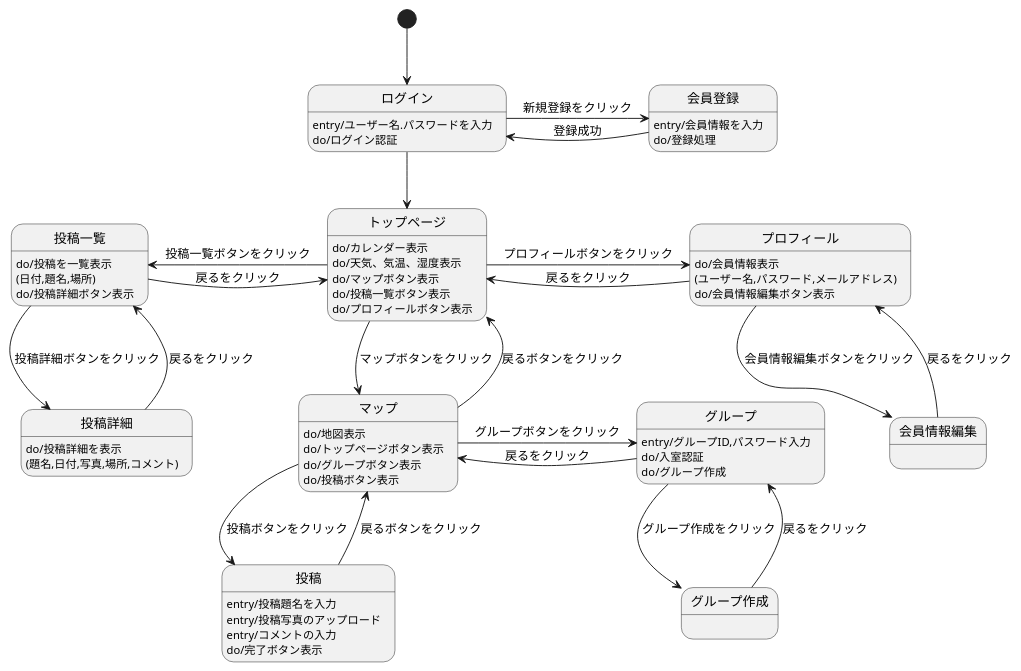
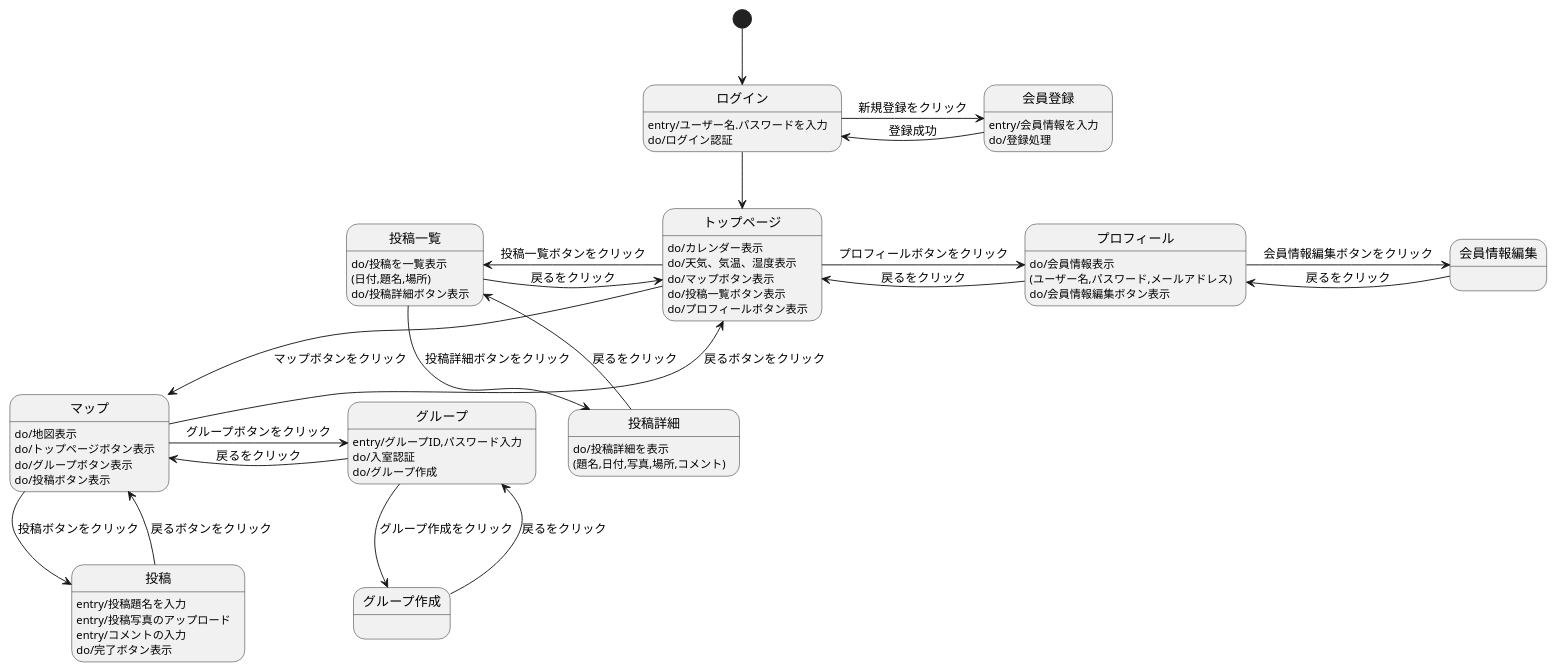
The diagram in 03_画面遷移図/画面遷移図.md (Aso2001031/System4_ver2.0), drawn with PlantUML before and after one commit.

````diff
--- a/03_画面遷移図/画面遷移図.md
+++ b/03_画面遷移図/画面遷移図.md
@@ -1,67 +1,67 @@
 ```uml
 @startuml
 
 [*] -down-> ログイン
 
 ログイン -down-> トップページ
 ログイン : entry/ユーザー名.パスワードを入力 
 ログイン : do/ログイン認証 
 ログイン -> 会員登録 : 新規登録をクリック
 
 会員登録 -> ログイン : 登録成功
 会員登録 : entry/会員情報を入力 
 会員登録 : do/登録処理
 
 トップページ : do/カレンダー表示
 トップページ : do/天気、気温、湿度表示
 トップページ : do/マップボタン表示
 トップページ : do/投稿一覧ボタン表示
 トップページ : do/プロフィールボタン表示
 トップページ -down-> マップ : マップボタンをクリック
 トップページ -left-> 投稿一覧 : 投稿一覧ボタンをクリック
 トップページ -right-> プロフィール :プロフィールボタンをクリック
 
 マップ -up-> トップページ : 戻るボタンをクリック
 マップ : do/地図表示
 マップ : do/トップページボタン表示
 マップ : do/グループボタン表示
 マップ : do/投稿ボタン表示
 マップ -down-> 投稿 : 投稿ボタンをクリック
 マップ -right-> グループ : グループボタンをクリック
 
 投稿一覧 -right-> トップページ : 戻るをクリック
 投稿一覧 : do/投稿を一覧表示
 投稿一覧 : (日付,題名,場所)
 投稿一覧 : do/投稿詳細ボタン表示
 投稿一覧 -down-> 投稿詳細 : 投稿詳細ボタンをクリック
 
 プロフィール -left-> トップページ : 戻るをクリック
 プロフィール : do/会員情報表示
 プロフィール : (ユーザー名,パスワード,メールアドレス)
 プロフィール : do/会員情報編集ボタン表示
-プロフィール -down-> 会員情報編集 : 会員情報編集ボタンをクリック
+プロフィール -right-> 会員情報編集 : 会員情報編集ボタンをクリック
 
 投稿 -up-> マップ : 戻るボタンをクリック
 投稿 : entry/投稿題名を入力
 投稿 : entry/投稿写真のアップロード
 投稿 : entry/コメントの入力
 投稿 : do/完了ボタン表示
 
 グループ -left-> マップ : 戻るをクリック 
 グループ : entry/グループID,パスワード入力
 グループ : do/入室認証
 グループ : do/グループ作成
 グループ --> グループ作成 : グループ作成をクリック
 
 投稿詳細 -up-> 投稿一覧 : 戻るをクリック
 投稿詳細 : do/投稿詳細を表示
 投稿詳細 : (題名,日付,写真,場所,コメント)
 
-会員情報編集 -up-> プロフィール : 戻るをクリック
+会員情報編集 -left-> プロフィール : 戻るをクリック
 会員情報編集 : 
 
 グループ作成 --> グループ : 戻るをクリック
 グループ作成 : 
 
 @enduml
 ```
````
